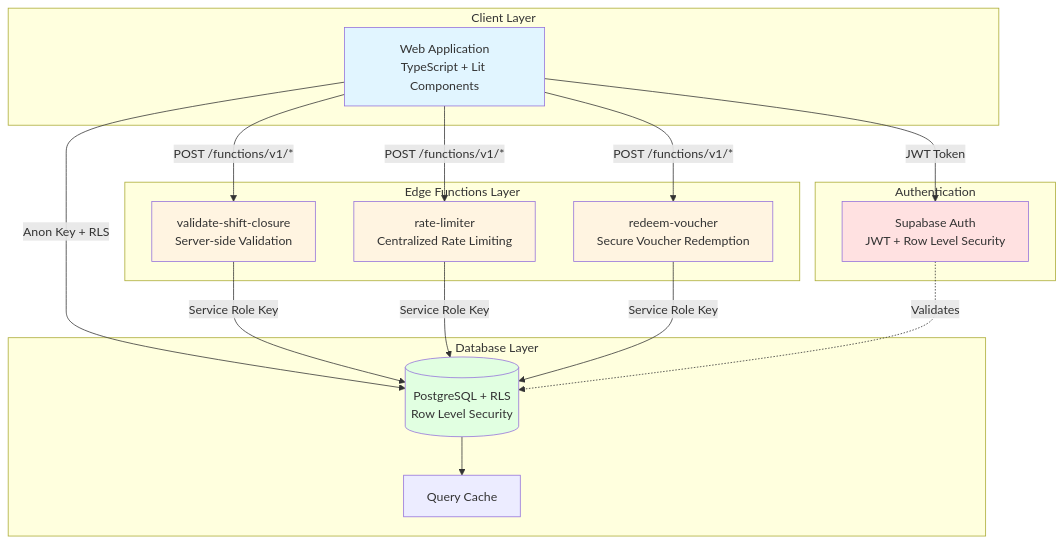
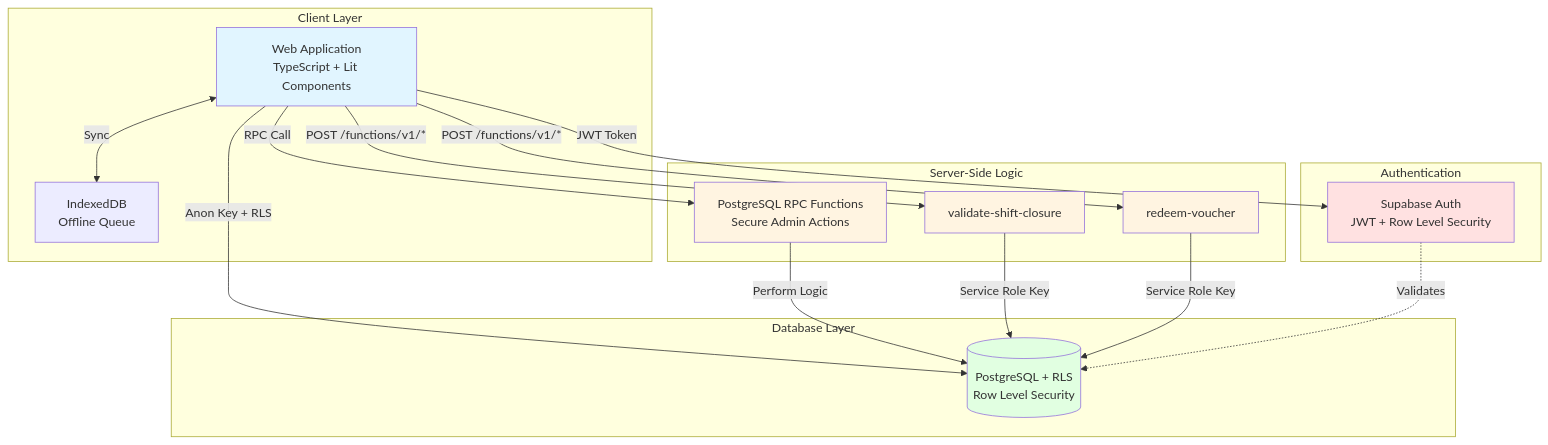
One commit to B00RR/portale-distributori-neofuel changed the diagram in README.md. Above: the diagram before and after it, drawn with Mermaid. The commit also changed other lines of this file and 5 other files, not shown here.

````diff
--- a/README.md
+++ b/README.md
@@ -22,41 +22,41 @@
 ```mermaid
 graph TB
     subgraph "Client Layer"
         WebApp[Web Application<br/>TypeScript + Lit Components]
+        OfflineDB[IndexedDB<br/>Offline Queue]
     end
     
     subgraph "Authentication"
         Auth[Supabase Auth<br/>JWT + Row Level Security]
     end
     
-    subgraph "Edge Functions Layer"
-        EF1[validate-shift-closure<br/>Server-side Validation]
-        EF2[rate-limiter<br/>Centralized Rate Limiting]
-        EF3[redeem-voucher<br/>Secure Voucher Redemption]
+    subgraph "Server-Side Logic"
+        RPC[PostgreSQL RPC Functions<br/>Secure Admin Actions]
+        EF1[validate-shift-closure]
+        EF2[redeem-voucher]
     end
     
     subgraph "Database Layer"
         DB[(PostgreSQL + RLS<br/>Row Level Security)]
-        Cache[Query Cache]
     end
     
     WebApp -->|JWT Token| Auth
     WebApp -->|Anon Key + RLS| DB
+    WebApp -->|RPC Call| RPC
     WebApp -->|POST /functions/v1/*| EF1
     WebApp -->|POST /functions/v1/*| EF2
-    WebApp -->|POST /functions/v1/*| EF3
     
+    RPC -->|Perform Logic| DB
     EF1 -->|Service Role Key| DB
     EF2 -->|Service Role Key| DB
-    EF3 -->|Service Role Key| DB
     
     Auth -.->|Validates| DB
-    DB --> Cache
+    WebApp <-->|Sync| OfflineDB
     
     style WebApp fill:#e1f5ff
     style Auth fill:#ffe1e1
     style DB fill:#e1ffe1
+    style RPC fill:#fff4e1
     style EF1 fill:#fff4e1
     style EF2 fill:#fff4e1
-    style EF3 fill:#fff4e1
 ```
````
